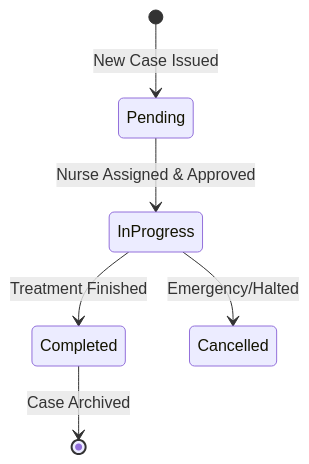
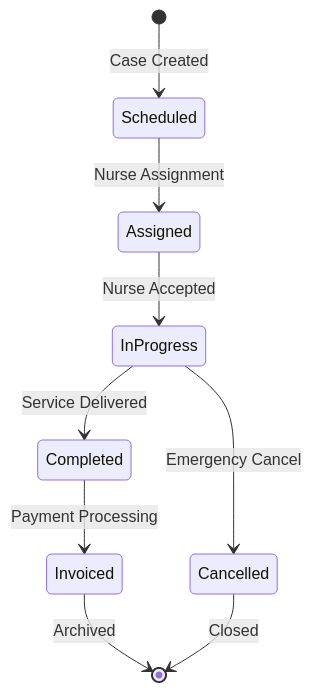
The fourth of 10 diagrams in README.md (Desha29/new_care), drawn with Mermaid before and after one commit. The commit also changed other lines of this file, not shown here.

````diff
--- a/README.md
+++ b/README.md
@@ -53,8 +143,11 @@
 ```mermaid
 stateDiagram-v2
-    [*] --> Pending : New Case Issued
-    Pending --> InProgress : Nurse Assigned & Approved
-    InProgress --> Completed : Treatment Finished
-    InProgress --> Cancelled : Emergency/Halted
-    Completed --> [*] : Case Archived
+    [*] --> Scheduled: Case Created
+    Scheduled --> Assigned: Nurse Assignment
+    Assigned --> InProgress: Nurse Accepted
+    InProgress --> Completed: Service Delivered
+    InProgress --> Cancelled: Emergency Cancel
+    Completed --> Invoiced: Payment Processing
+    Invoiced --> [*]: Archived
+    Cancelled --> [*]: Closed
 ```
````
